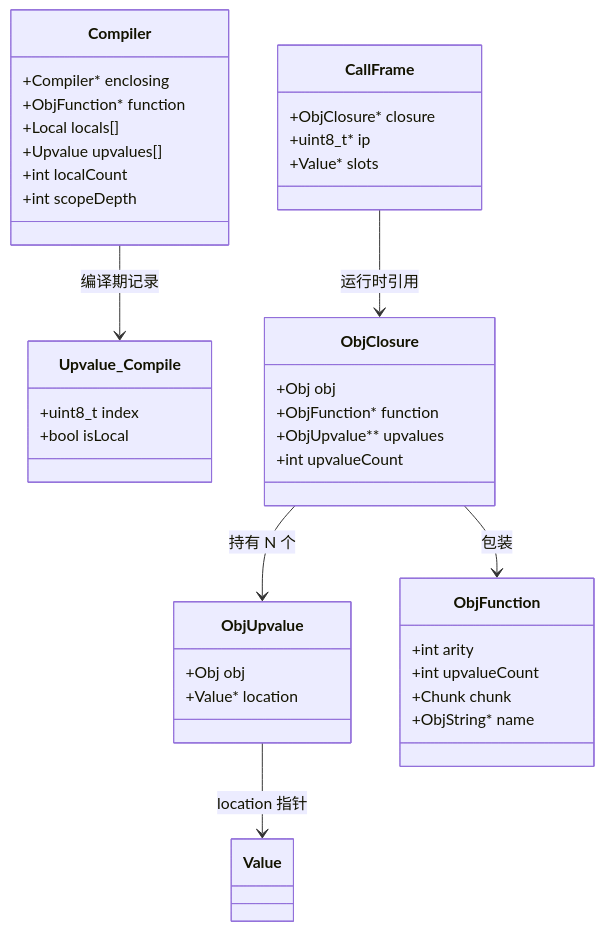
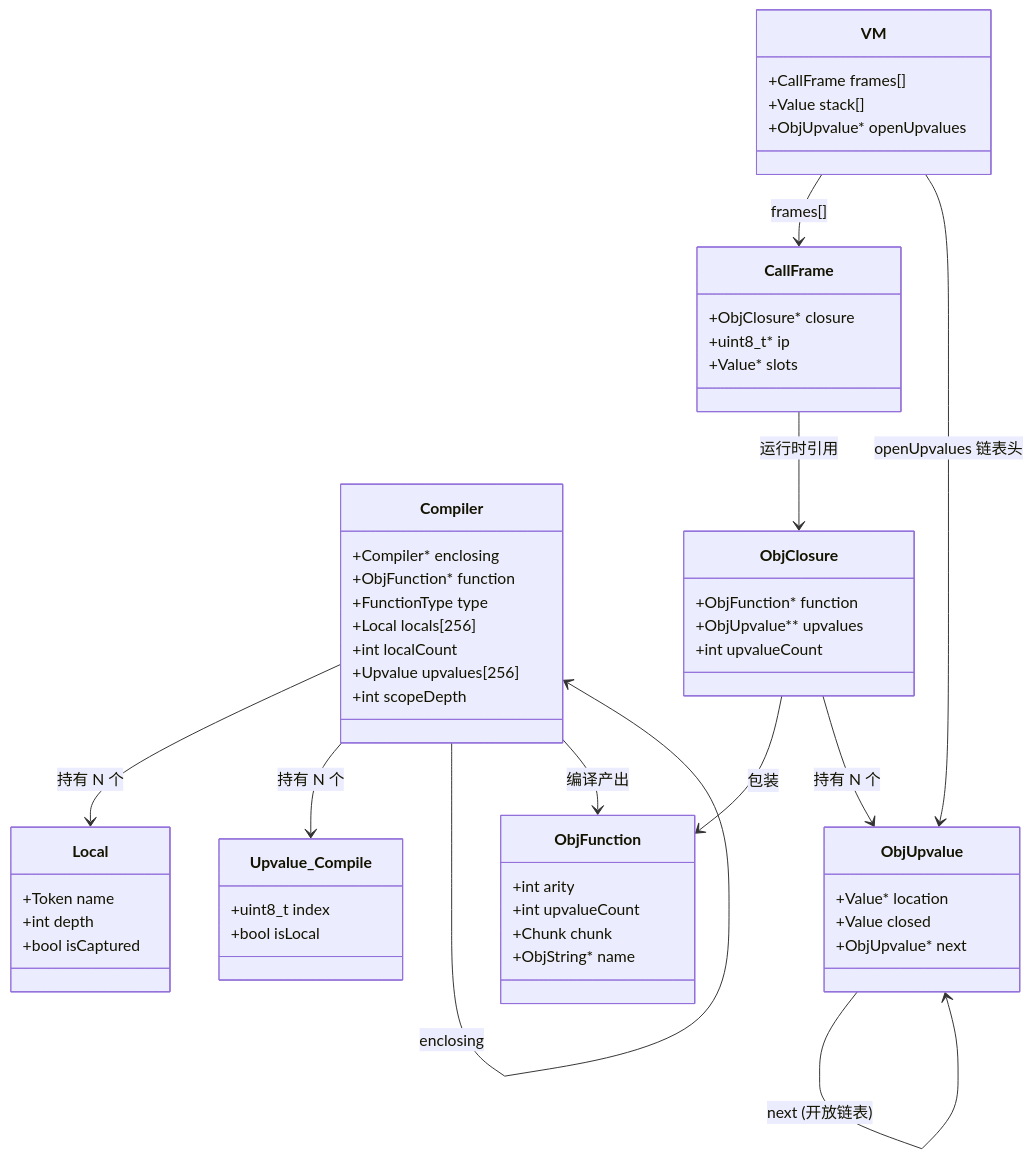
One commit to LovePlayCode/learn-compilation-c changed the first of 18 diagrams in learn/闭包实现全流程分析.md. Above: the diagram before and after it, drawn with Mermaid. The commit also changed other lines of this file and 1 other file, not shown here.

````diff
--- a/learn/闭包实现全流程分析.md
+++ b/learn/闭包实现全流程分析.md
@@ -73,47 +100,67 @@
 ```mermaid
 classDiagram
     class Compiler {
         +Compiler* enclosing
         +ObjFunction* function
-        +Local locals[]
-        +Upvalue upvalues[]
+        +FunctionType type
+        +Local locals[256]
         +int localCount
+        +Upvalue upvalues[256]
         +int scopeDepth
+    }
+
+    class Local {
+        +Token name
+        +int depth
+        +bool isCaptured
     }
 
     class Upvalue_Compile {
         +uint8_t index
         +bool isLocal
-    }
-
-    class ObjClosure {
-        +Obj obj
-        +ObjFunction* function
-        +ObjUpvalue** upvalues
-        +int upvalueCount
-    }
-
-    class ObjUpvalue {
-        +Obj obj
-        +Value* location
     }
 
     class ObjFunction {
         +int arity
         +int upvalueCount
         +Chunk chunk
         +ObjString* name
     }
 
+    class ObjClosure {
+        +ObjFunction* function
+        +ObjUpvalue** upvalues
+        +int upvalueCount
+    }
+
+    class ObjUpvalue {
+        +Value* location
+        +Value closed
+        +ObjUpvalue* next
+    }
+
     class CallFrame {
         +ObjClosure* closure
         +uint8_t* ip
         +Value* slots
     }
 
-    Compiler --> Upvalue_Compile : 编译期记录
+    class VM {
+        +CallFrame frames[]
+        +Value stack[]
+        +ObjUpvalue* openUpvalues
+    }
+
+    Compiler --> Local : 持有 N 个
+    Compiler --> Upvalue_Compile : 持有 N 个
+    Compiler --> Compiler : enclosing
+    Compiler --> ObjFunction : 编译产出
+
     ObjClosure --> ObjFunction : 包装
     ObjClosure --> ObjUpvalue : 持有 N 个
-    ObjUpvalue --> Value : location 指针
+    ObjUpvalue --> ObjUpvalue : next (开放链表)
+
     CallFrame --> ObjClosure : 运行时引用
+    VM --> CallFrame : frames[]
+    VM --> ObjUpvalue : openUpvalues 链表头
 ```
````
